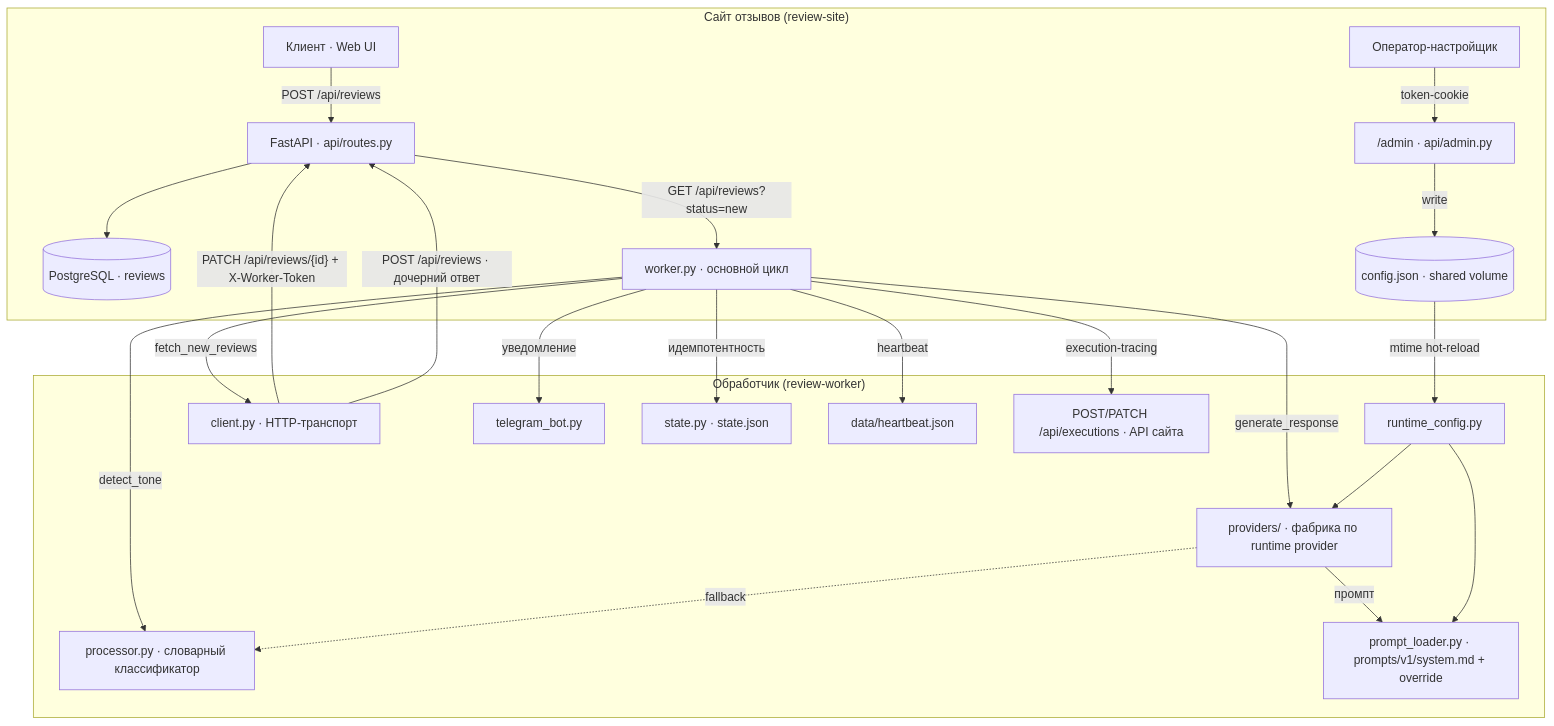
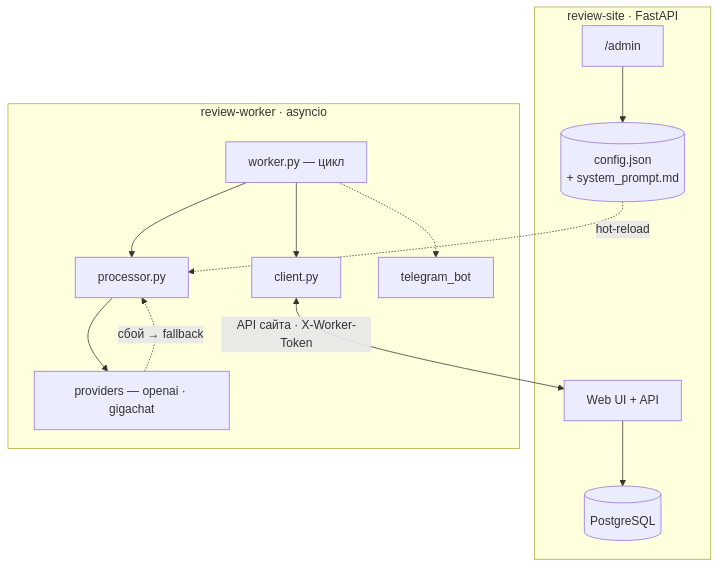
The diagram in docs/IMPLEMENTATION_PLAN.md (AlexLvGulyaev/review-auto-responder), drawn with Mermaid before and after one commit. The commit also changed 1 other file, not shown here.

Commit message:
docs(rar): simplify §5.1 + IMP_PLAN flowcharts for legibility
Диаграммы рендерились, но текст был неразличим — слишком много узлов и длинных
edge-лейблов shrinking'а на GitHub. Упрощены до читаемого high-level overview:

- ARCHITECTURE §5.1: 20 узлов/22 ребра → 9 узлов, короткие подписи. Демо-токен
  и execution-tracing вынесены в callout-примечание (пошагово — в §5.2 sequence).
- IMPLEMENTATION_PLAN §1: 16 узлов с путями файлов → 10 узлов с краткими
  лейблами; file-level detail остался в prose/таблице компонентов ниже.

````diff
--- a/docs/IMPLEMENTATION_PLAN.md
+++ b/docs/IMPLEMENTATION_PLAN.md
@@ -11,26 +11,25 @@
 ```mermaid
 flowchart TD
-    subgraph Site["Сайт отзывов (review-site)"]
-        U["Клиент · Web UI"] -->|POST /api/reviews| API["FastAPI · api/routes.py"]
-        API --> DB[("PostgreSQL · reviews")]
-        API -->|GET /api/reviews?status=new| W
-        OP["Оператор-настройщик"] -->|token-cookie| ADM["/admin · api/admin.py"]
-        ADM -->|write| CFG[("config.json · shared volume")]
+    subgraph Site["review-site · FastAPI"]
+        UI["Web UI + API"]
+        ADM["/admin"]
+        DB[("PostgreSQL")]
+        CFG[("config.json<br/>+ system_prompt.md")]
+        UI --> DB
+        ADM --> CFG
     end
-    subgraph Worker["Обработчик (review-worker)"]
-        CFG -->|mtime hot-reload| RC["runtime_config.py"]
-        W["worker.py · основной цикл"] -->|fetch_new_reviews| CL["client.py · HTTP-транспорт"]
-        W -->|detect_tone| PR["processor.py · словарный классификатор"]
-        W -->|generate_response| PRV["providers/ · фабрика по runtime provider"]
-        PRV -->|промпт| PL["prompt_loader.py · prompts/v1/system.md + override"]
-        RC --> PRV
-        RC --> PL
-        W -->|уведомление| TG["telegram_bot.py"]
-        W -->|идемпотентность| ST["state.py · state.json"]
-        W -->|heartbeat| HB["data/heartbeat.json"]
-        W -->|execution-tracing| EX["POST/PATCH /api/executions · API сайта"]
+    subgraph Worker["review-worker · asyncio"]
+        LOOP["worker.py — цикл"]
+        CL["client.py"]
+        PROC["processor.py"]
+        PRV["providers — openai · gigachat"]
+        TG["telegram_bot"]
+        LOOP --> CL
+        LOOP --> PROC
+        PROC --> PRV
+        LOOP -.-> TG
     end
-    CL -->|"PATCH /api/reviews/{id} + X-Worker-Token"| API
-    CL -->|POST /api/reviews · дочерний ответ| API
-    PRV -.fallback.-> PR
+    CL <-->|"API сайта · X-Worker-Token"| UI
+    CFG -.->|"hot-reload"| PROC
+    PRV -.->|"сбой → fallback"| PROC
 ```
````
